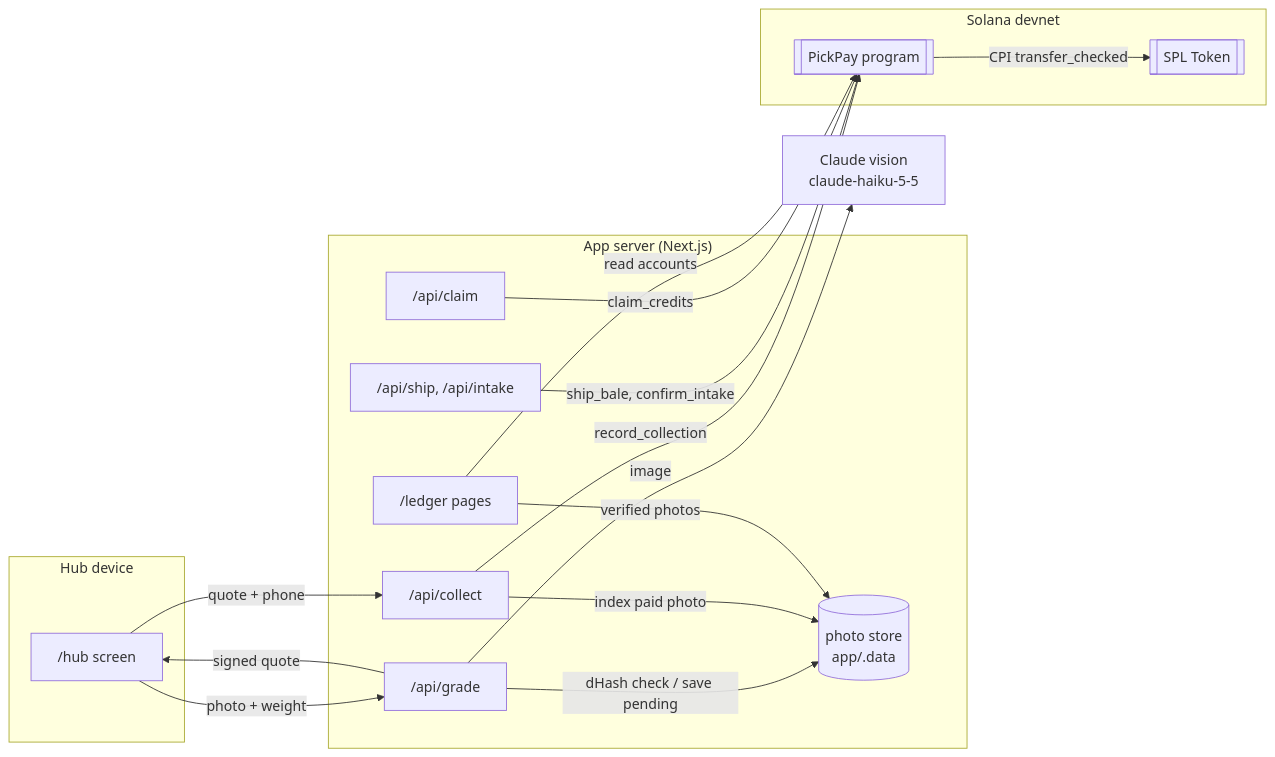
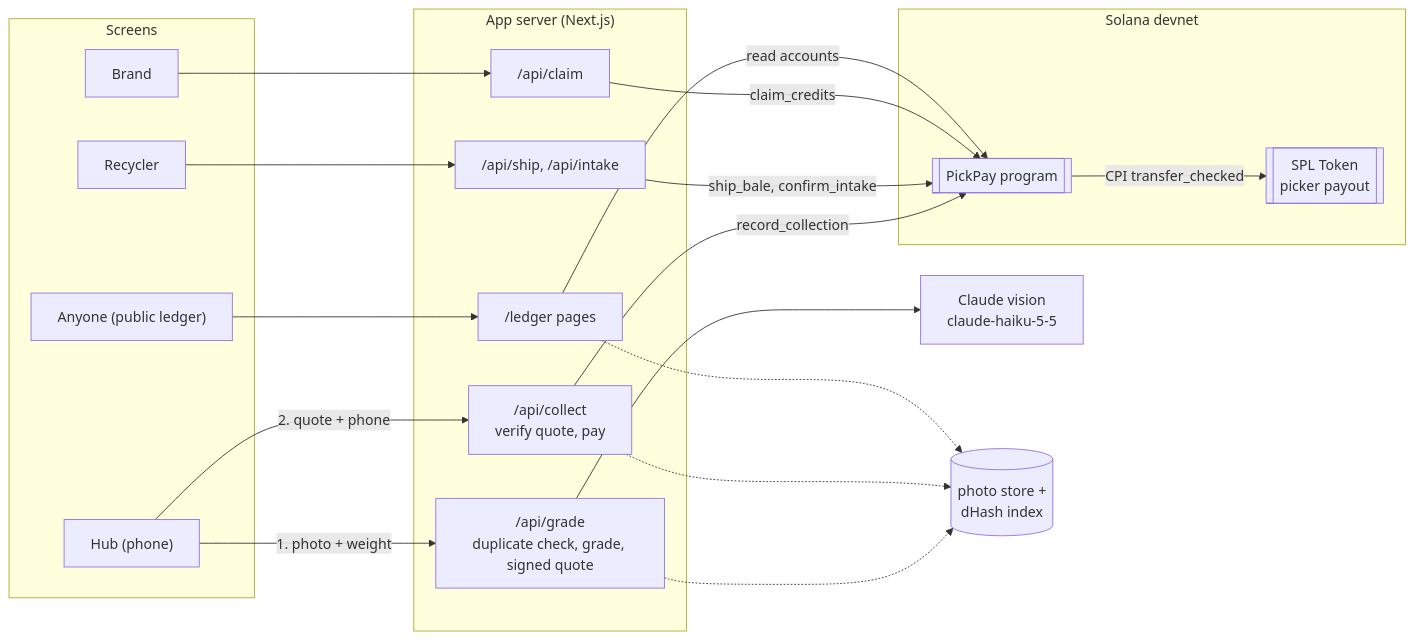
Before and after one commit to Don-Vicks/pickpay: the first of 3 diagrams in docs/architecture.md, drawn with Mermaid. The commit also changed 5 other files, not shown here.

First line of the commit message:
docs: working sources, clearer system diagram, PDF page breaks

````diff
--- a/docs/architecture.md
+++ b/docs/architecture.md
@@ -7,31 +7,36 @@
 ```mermaid
 flowchart LR
-  subgraph Device["Hub device"]
-    UI["/hub screen"]
+  subgraph Screens
+    UI["Hub (phone)"]
+    RC["Recycler"]
+    BR["Brand"]
+    PUB["Anyone (public ledger)"]
   end
   subgraph App["App server (Next.js)"]
-    G["/api/grade"]
-    C["/api/collect"]
+    G["/api/grade<br/>duplicate check, grade, signed quote"]
+    C["/api/collect<br/>verify quote, pay"]
     I["/api/ship, /api/intake"]
     K["/api/claim"]
     L["/ledger pages"]
-    P[("photo store<br/>app/.data")]
   end
   AI["Claude vision<br/>claude-haiku-5-5"]
+  P[("photo store +<br/>dHash index")]
   subgraph Chain["Solana devnet"]
     PG[["PickPay program"]]
-    T[["SPL Token"]]
+    T[["SPL Token<br/>picker payout"]]
   end
-  UI -- photo + weight --> G
-  G -- image --> AI
-  G -- dHash check / save pending --> P
-  G -- signed quote --> UI
-  UI -- quote + phone --> C
+  UI -- "1. photo + weight" --> G
+  UI -- "2. quote + phone" --> C
+  RC --> I
+  BR --> K
+  PUB --> L
+  G --> AI
+  G -.-> P
+  C -.-> P
+  L -.-> P
   C -- record_collection --> PG
-  PG -- CPI transfer_checked --> T
-  C -- index paid photo --> P
-  I -- ship_bale, confirm_intake --> PG
+  I -- "ship_bale, confirm_intake" --> PG
   K -- claim_credits --> PG
   L -- read accounts --> PG
-  L -- verified photos --> P
+  PG -- CPI transfer_checked --> T
 ```
````
